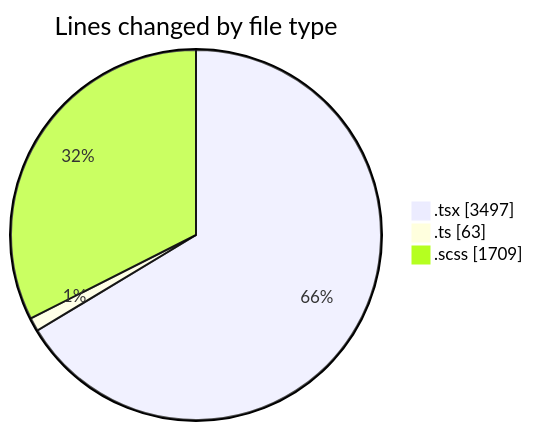
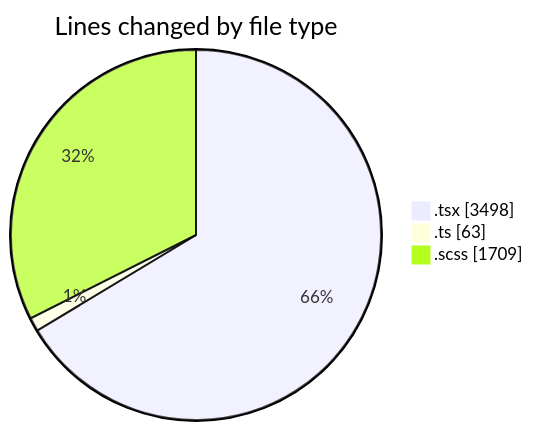
One commit to momahboobian/code-tracking changed the first of 2 diagrams in 2025-04-02/cda/README.md. Above: the diagram before and after it, drawn with Mermaid. The commit also changed other lines of this file and 1 other file, not shown here.

````diff
--- a/2025-04-02/cda/README.md
+++ b/2025-04-02/cda/README.md
@@ -30,7 +30,7 @@
 ```mermaid
 pie showData
 title Lines changed by file type
-".tsx" : 3497
+".tsx" : 3498
 ".ts" : 63
 ".scss" : 1709
 ```
````
